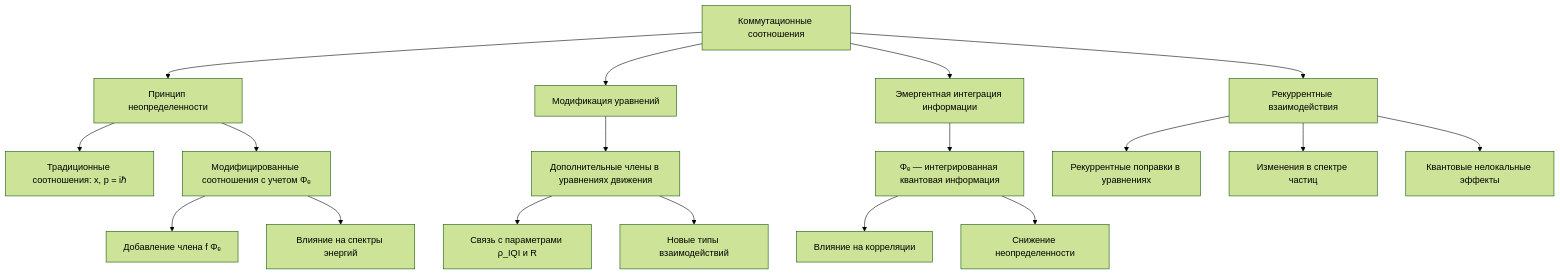
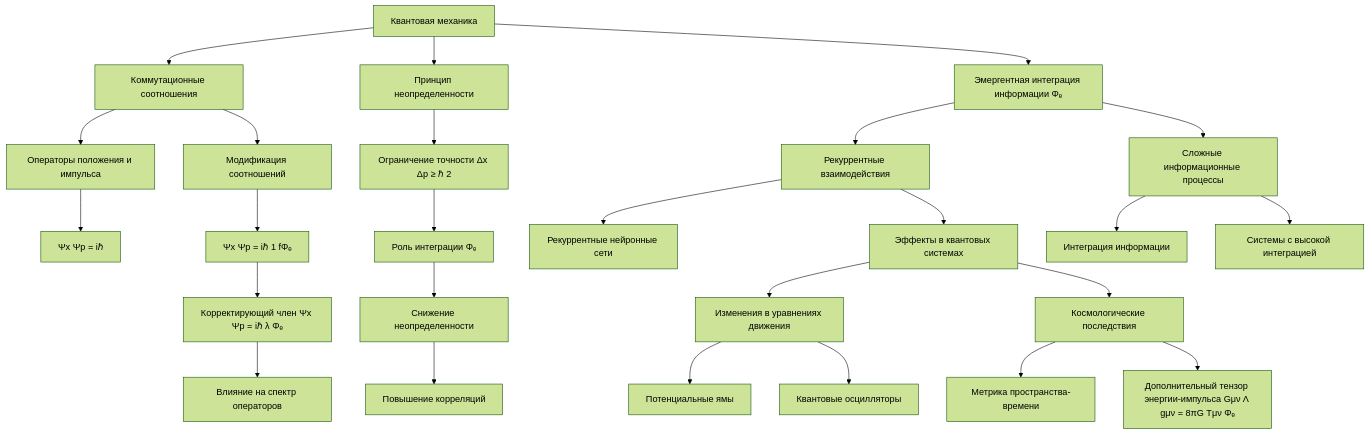
The diagram in Switching-relations.md (commeta/consciousness), drawn with Mermaid (forest theme) before and after one commit.

````diff
--- a/Switching-relations.md
+++ b/Switching-relations.md
@@ -3,25 +3,33 @@
 ```mermaid
 graph TD
-    A[Коммутационные соотношения]
-    A --> B[Принцип неопределенности]
-    A --> C[Модификация уравнений]
-    A --> D[Эмергентная интеграция информации]
-    A --> E[Рекуррентные взаимодействия]
+    A[Квантовая механика] --> B[Коммутационные соотношения]
+    A --> C[Принцип неопределенности]
+    A --> D[Эмергентная интеграция информации Φₑ]
 
-    B --> B1[Традиционные соотношения: x, p = iℏ]
-    B --> B2[Модифицированные соотношения с учетом Φₑ]
-    B2 --> B2a[Добавление члена f Φₑ]
-    B2 --> B2b[Влияние на спектры энергий]
+    B --> E[Операторы положения и импульса]
+    E --> F["Ψx Ψp = iℏ"]
+    B --> G[Модификация соотношений]
+    G --> H["Ψx Ψp = iℏ 1 fΦₑ"]
 
-    C --> C1[Дополнительные члены в уравнениях движения]
-    C1 --> C1a[Связь с параметрами ρ_IQI и R]
-    C1 --> C1b[Новые типы взаимодействий]
+    C --> I[Ограничение точности Δx Δp ≥ ℏ 2]
+    I --> J[Роль интеграции Φₑ]
+    J --> K[Снижение неопределенности]
+    K --> L[Повышение корреляций]
 
-    D --> D1[Φₑ — интегрированная квантовая информация]
-    D1 --> D1a[Влияние на корреляции]
-    D1 --> D1b[Снижение неопределенности]
+    D --> M[Рекуррентные взаимодействия]
+    D --> N[Сложные информационные процессы]
+    M --> O[Рекуррентные нейронные сети]
+    M --> P[Эффекты в квантовых системах]
+    N --> Q[Интеграция информации]
+    N --> R[Системы с высокой интеграцией]
 
-    E --> E1[Рекуррентные поправки в уравнениях]
-    E --> E2[Изменения в спектре частиц]
-    E --> E3[Квантовые нелокальные эффекты]
+    H --> S[Корректирующий член Ψx Ψp = iℏ λ Φₑ]
+    S --> T[Влияние на спектр операторов]
+
+    P --> U[Изменения в уравнениях движения]
+    P --> V[Космологические последствия]
+    U --> W[Потенциальные ямы]
+    U --> X[Квантовые осцилляторы]
+    V --> Y[Метрика пространства-времени]
+    V --> Z[Дополнительный тензор энергии-импульса Gμν Λ gμν = 8πG Tμν Φₑ]
 ```
````
